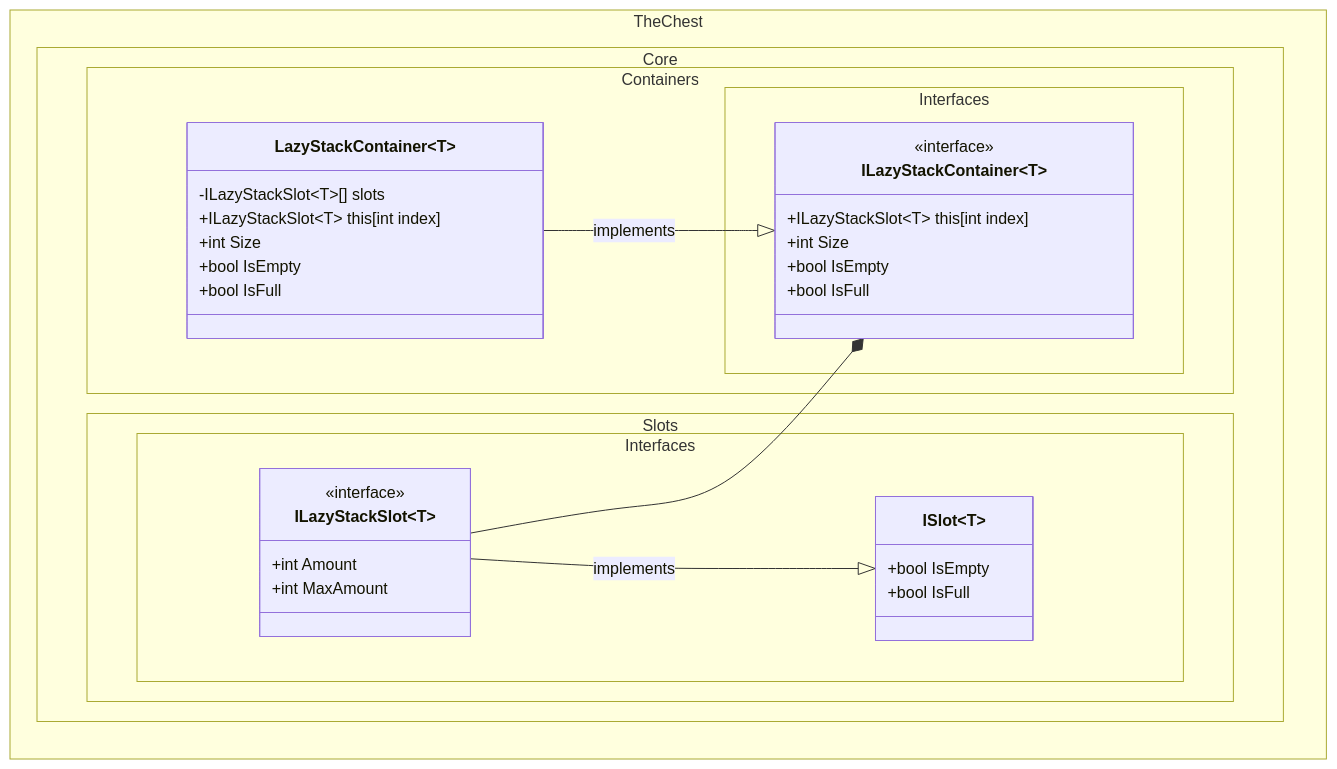
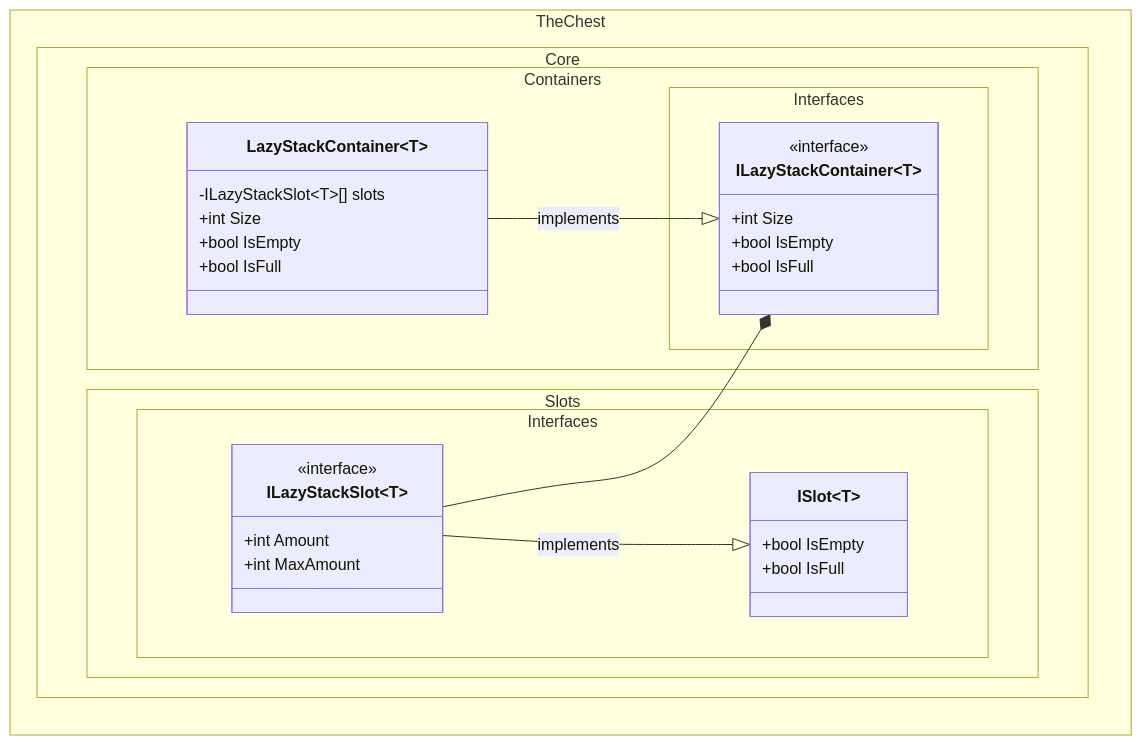
Before and after one commit to The-Chest/TheChest.Core: the third of 3 diagrams in docs/class_diagram.md, drawn with Mermaid. The commit also changed other lines of this file, not shown here.

````diff
--- a/docs/class_diagram.md
+++ b/docs/class_diagram.md
@@ -134,45 +130,43 @@
 ```mermaid
 ---
 config:
   theme: mc
   look: classic
   class:
     hideEmptyMembersBox: true
 ---
 classDiagram
 direction BT
 	namespace TheChest.Core.Containers.Interfaces {
 		class ILazyStackContainer~T~ {
-	        +ILazyStackSlot~T~ this[int index]
 	        +int Size
 	        +bool IsEmpty
 	        +bool IsFull
         }
 	}
 	namespace TheChest.Core.Slots.Interfaces {
         class ISlot~T~ {
 	        +bool IsEmpty
 	        +bool IsFull
         }
         class ILazyStackSlot~T~ {
 			+int Amount
             +int MaxAmount
         }
 	}
 	namespace TheChest.Core.Containers {
 		class LazyStackContainer~T~ {
 			-ILazyStackSlot~T~[] slots
-			+ILazyStackSlot~T~ this[int index]
 			+int Size
 			+bool IsEmpty
 			+bool IsFull
         }
 	}
 
 	<<interface>> ILazyStackContainer
     <<interface>> ILazyStackSlot
 
     LazyStackContainer --|> ILazyStackContainer : implements
     ILazyStackSlot --|> ISlot : implements
     ILazyStackSlot --* ILazyStackContainer
 ```
````
